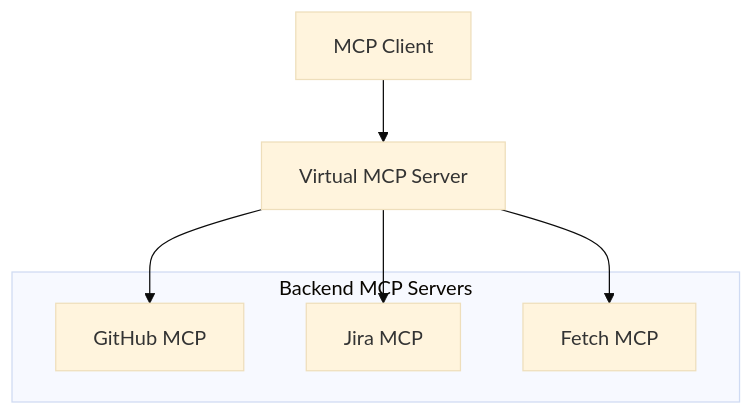
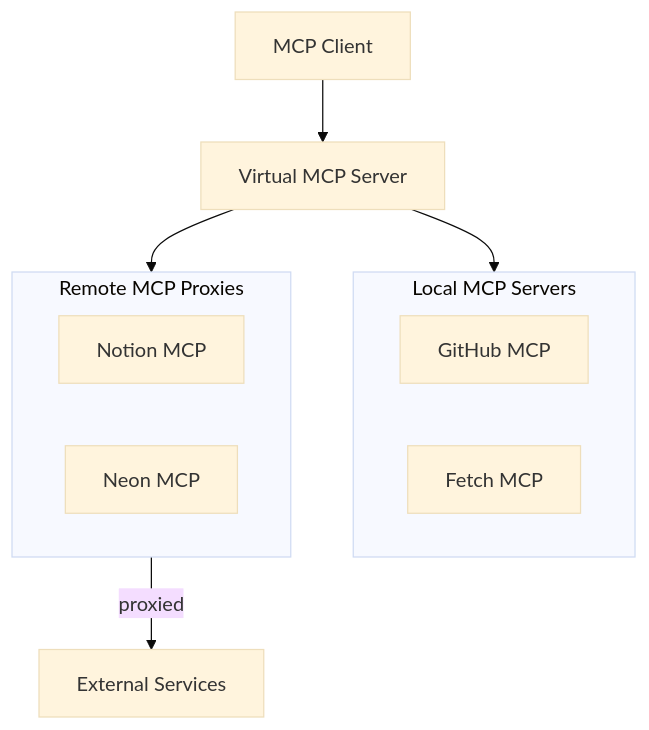
The diagram in docs/toolhive/guides-vmcp/intro.mdx (stacklok/docs-website), drawn with Mermaid (base theme) before and after one commit. The commit also changed other lines of this file and 3 other files, not shown here.

First line of the commit message:
document vMCP remote server support (#406)

````diff
--- a/docs/toolhive/guides-vmcp/intro.mdx
+++ b/docs/toolhive/guides-vmcp/intro.mdx
@@ -40,14 +58,19 @@
 ```mermaid
 flowchart TB
     Client[MCP Client] --> vMCP[Virtual MCP Server]
 
-    subgraph Backends[Backend MCP Servers]
+    subgraph LocalBackends[Local MCP Servers]
         GitHub[GitHub MCP]
-        Jira[Jira MCP]
         Fetch[Fetch MCP]
     end
 
-    vMCP --> GitHub
-    vMCP --> Jira
-    vMCP --> Fetch
+    subgraph RemoteBackends[Remote MCP Proxies]
+        Notion[Notion MCP]
+        Neon[Neon MCP]
+    end
+
+    vMCP --> LocalBackends
+    vMCP --> RemoteBackends
+
+    RemoteBackends -->|proxied| ExternalServices[External Services]
 ```
````
